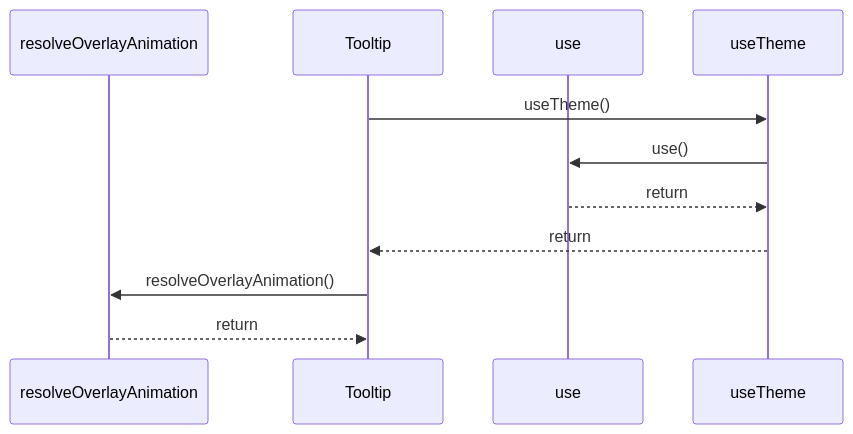
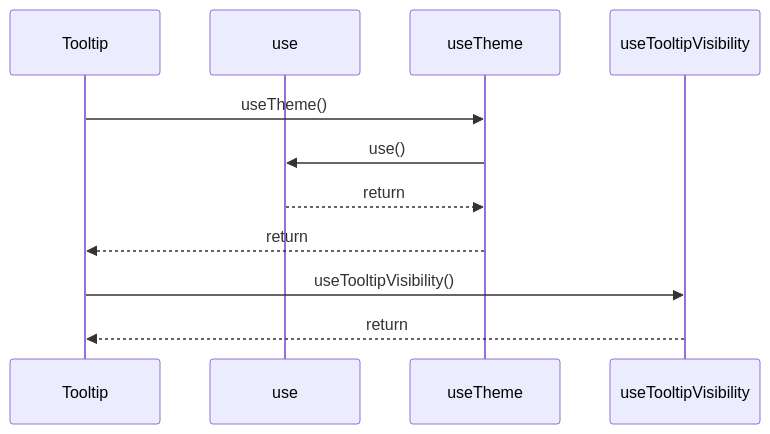
The diagram in paradox/diagrams/sequences/tooltip.mmd (ankhorage/surface), drawn with Mermaid before and after one commit. The commit also changed 48 other files, not shown here.

```diff
--- a/paradox/diagrams/sequences/tooltip.mmd
+++ b/paradox/diagrams/sequences/tooltip.mmd
@@ -1,11 +1,11 @@
 sequenceDiagram
-  participant participant_resolveOverlayAnimation as resolveOverlayAnimation
   participant participant_Tooltip as Tooltip
   participant participant_use as use
   participant participant_useTheme as useTheme
+  participant participant_useTooltipVisibility as useTooltipVisibility
   participant_Tooltip->>participant_useTheme: useTheme()
   participant_useTheme->>participant_use: use()
   participant_use-->>participant_useTheme: return
   participant_useTheme-->>participant_Tooltip: return
-  participant_Tooltip->>participant_resolveOverlayAnimation: resolveOverlayAnimation()
-  participant_resolveOverlayAnimation-->>participant_Tooltip: return
+  participant_Tooltip->>participant_useTooltipVisibility: useTooltipVisibility()
+  participant_useTooltipVisibility-->>participant_Tooltip: return
```
